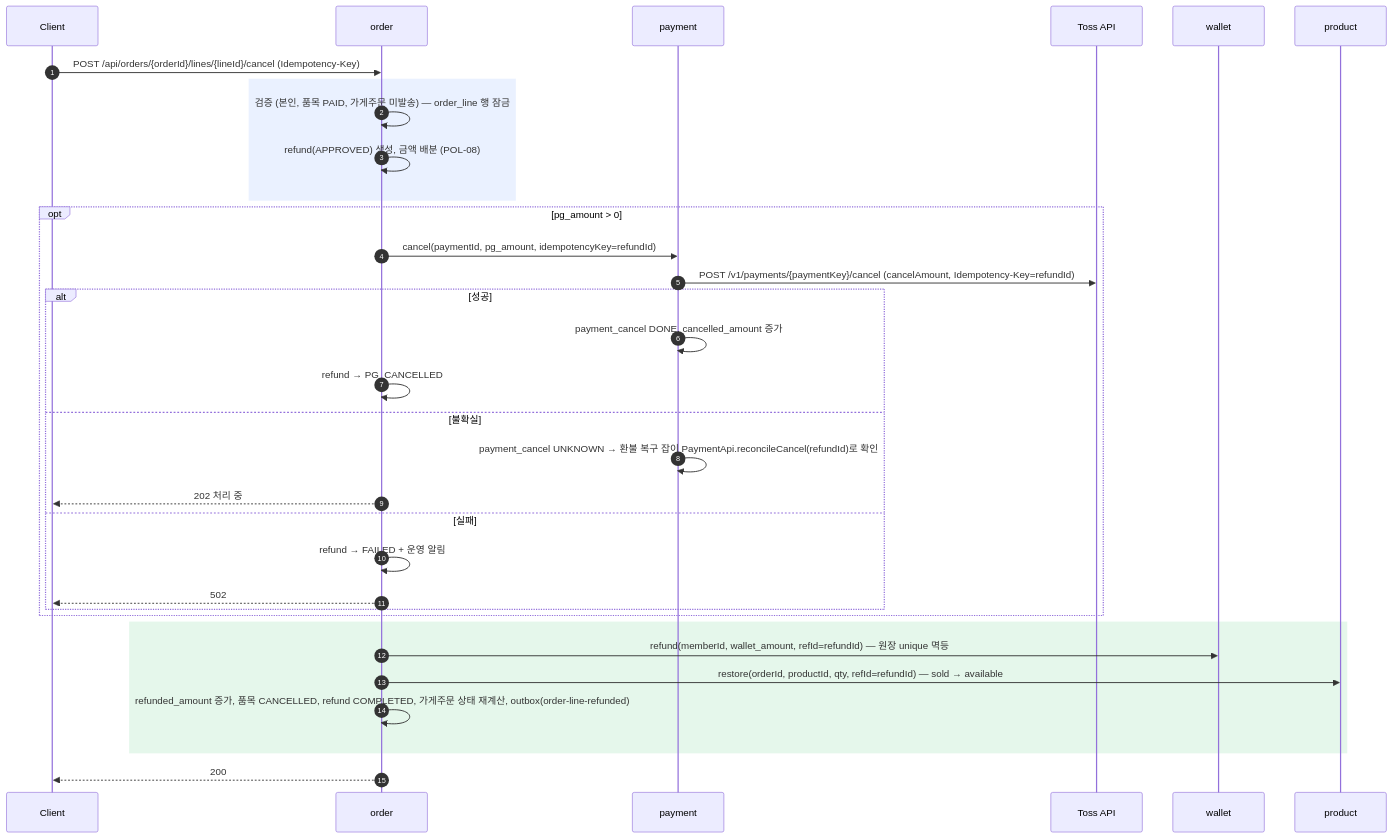
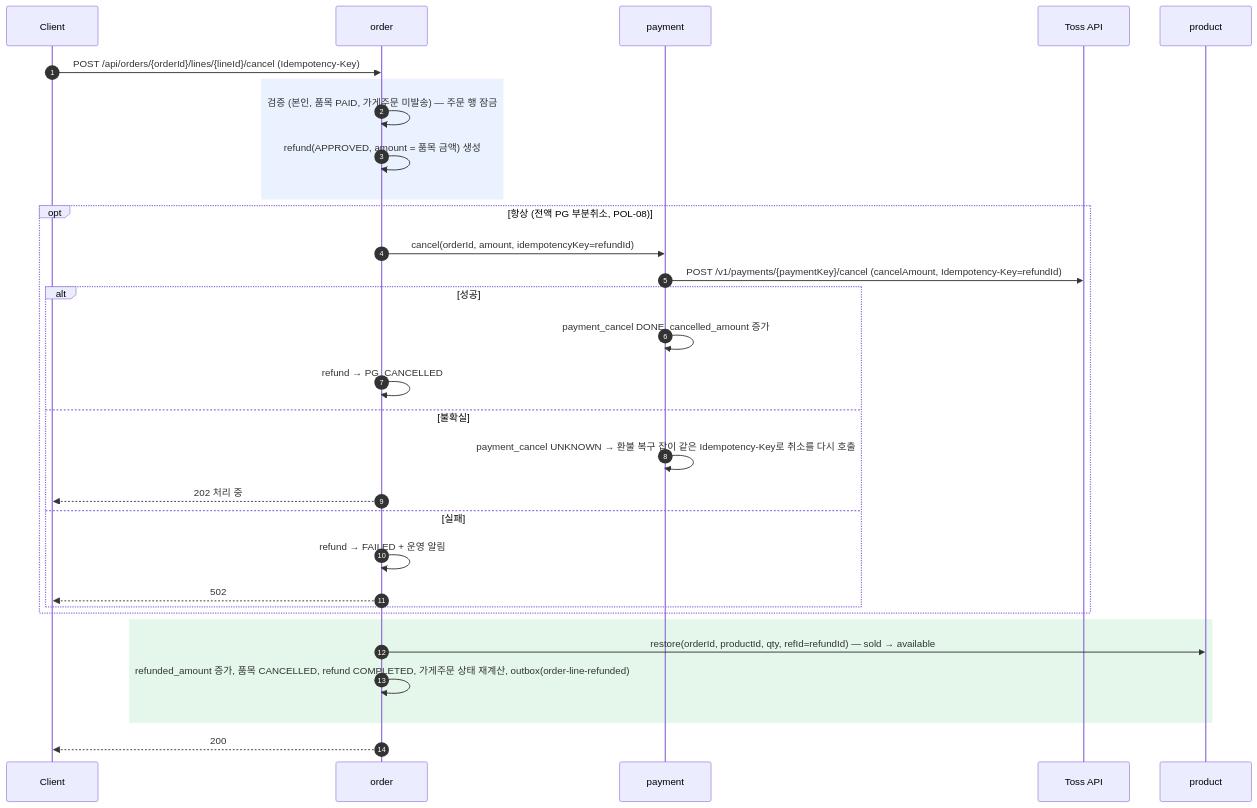
One commit to 95twan/myroutine-v2 changed the fifth of 10 diagrams in docs/02-design/06-sequences.md. Above: the diagram before and after it, drawn with Mermaid. The commit also changed other lines of this file and 27 other files, not shown here.

````diff
--- a/docs/02-design/06-sequences.md
+++ b/docs/02-design/06-sequences.md
@@ -126,35 +118,33 @@
 ```mermaid
 sequenceDiagram
   autonumber
   participant C as Client
   participant O as order
   participant P as payment
   participant PG as Toss API
-  participant W as wallet
   participant PR as product
   C->>O: POST /api/orders/{orderId}/lines/{lineId}/cancel (Idempotency-Key)
   rect rgba(80,140,255,0.12)
-    O->>O: 검증 (본인, 품목 PAID, 가게주문 미발송) — order_line 행 잠금
-    O->>O: refund(APPROVED) 생성, 금액 배분 (POL-08)
+    O->>O: 검증 (본인, 품목 PAID, 가게주문 미발송) — 주문 행 잠금
+    O->>O: refund(APPROVED, amount = 품목 금액) 생성
   end
-  opt pg_amount > 0
-    O->>P: cancel(paymentId, pg_amount, idempotencyKey=refundId)
+  opt 항상 (전액 PG 부분취소, POL-08)
+    O->>P: cancel(orderId, amount, idempotencyKey=refundId)
     P->>PG: POST /v1/payments/{paymentKey}/cancel (cancelAmount, Idempotency-Key=refundId)
     alt 성공
       P->>P: payment_cancel DONE, cancelled_amount 증가
       O->>O: refund → PG_CANCELLED
     else 불확실
-      P->>P: payment_cancel UNKNOWN → 환불 복구 잡이 PaymentApi.reconcileCancel(refundId)로 확인
+      P->>P: payment_cancel UNKNOWN → 환불 복구 잡이 같은 Idempotency-Key로 취소를 다시 호출
       O-->>C: 202 처리 중
     else 실패
       O->>O: refund → FAILED + 운영 알림
       O-->>C: 502
     end
   end
   rect rgba(80,200,120,0.15)
-    O->>W: refund(memberId, wallet_amount, refId=refundId) — 원장 unique 멱등
     O->>PR: restore(orderId, productId, qty, refId=refundId) — sold → available
     O->>O: refunded_amount 증가, 품목 CANCELLED, refund COMPLETED, 가게주문 상태 재계산, outbox(order-line-refunded)
   end
   O-->>C: 200
 ```
````
